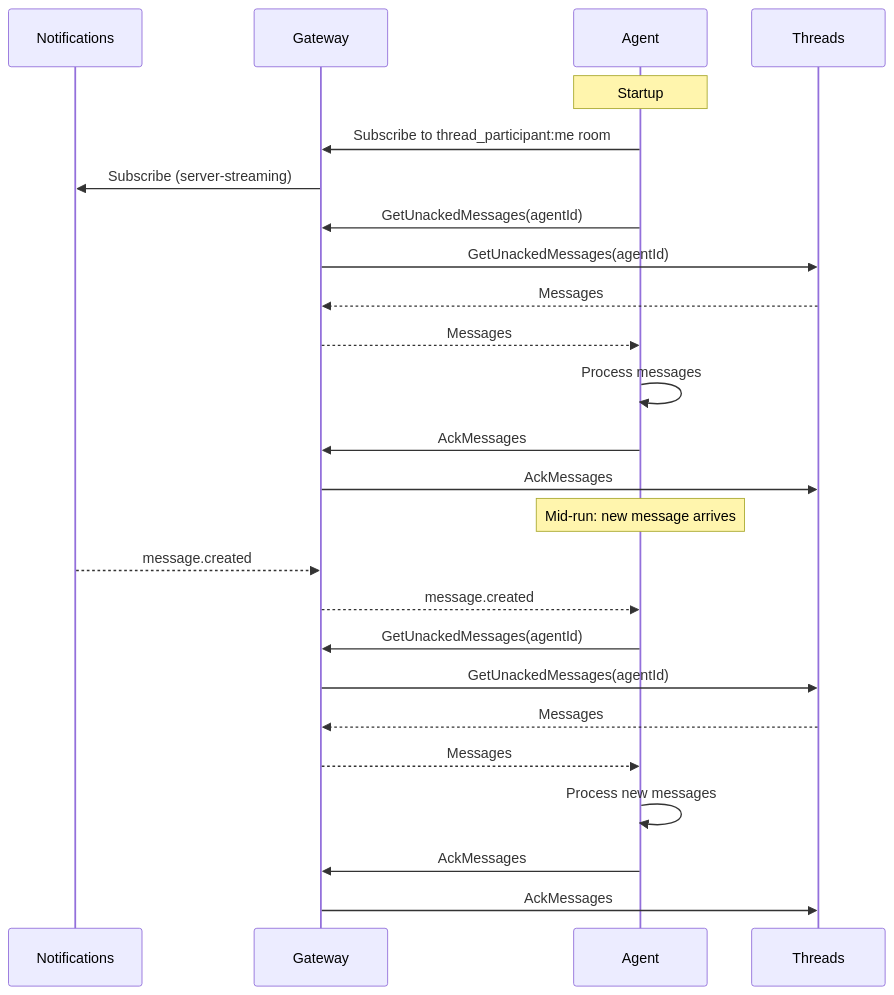
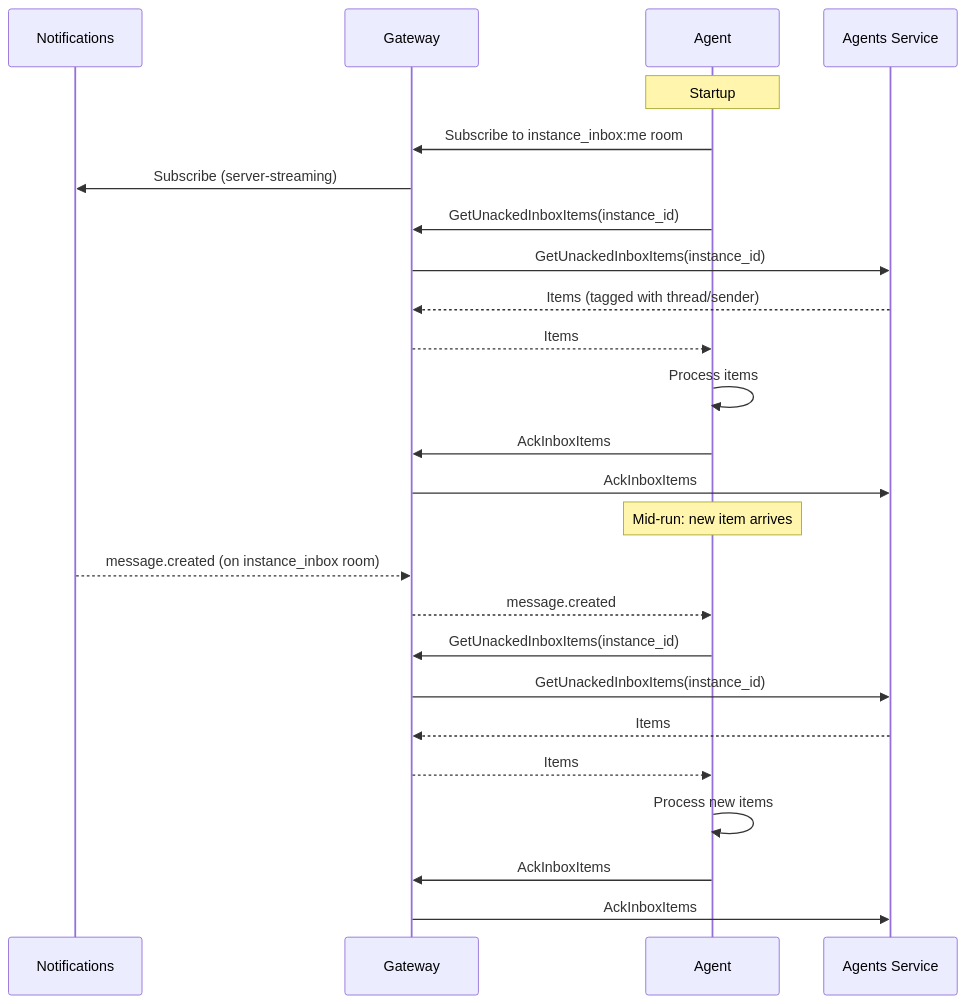
Before and after one commit to agynio/architecture: the second of 4 diagrams in architecture/agent/overview.md, drawn with Mermaid. The commit also changed other lines of this file and 10 other files, not shown here.

````diff
--- a/architecture/agent/overview.md
+++ b/architecture/agent/overview.md
@@ -54,29 +54,29 @@
 ```mermaid
 sequenceDiagram
     participant N as Notifications
     participant GW as Gateway
     participant A as Agent
-    participant T as Threads
+    participant AS as Agents Service
 
     Note over A: Startup
-    A->>GW: Subscribe to thread_participant:me room
+    A->>GW: Subscribe to instance_inbox:me room
     GW->>N: Subscribe (server-streaming)
-    A->>GW: GetUnackedMessages(agentId)
-    GW->>T: GetUnackedMessages(agentId)
-    T-->>GW: Messages
-    GW-->>A: Messages
-    A->>A: Process messages
-    A->>GW: AckMessages
-    GW->>T: AckMessages
+    A->>GW: GetUnackedInboxItems(instance_id)
+    GW->>AS: GetUnackedInboxItems(instance_id)
+    AS-->>GW: Items (tagged with thread/sender)
+    GW-->>A: Items
+    A->>A: Process items
+    A->>GW: AckInboxItems
+    GW->>AS: AckInboxItems
 
-    Note over A: Mid-run: new message arrives
-    N-->>GW: message.created
+    Note over A: Mid-run: new item arrives
+    N-->>GW: message.created (on instance_inbox room)
     GW-->>A: message.created
-    A->>GW: GetUnackedMessages(agentId)
-    GW->>T: GetUnackedMessages(agentId)
-    T-->>GW: Messages
-    GW-->>A: Messages
-    A->>A: Process new messages
-    A->>GW: AckMessages
-    GW->>T: AckMessages
+    A->>GW: GetUnackedInboxItems(instance_id)
+    GW->>AS: GetUnackedInboxItems(instance_id)
+    AS-->>GW: Items
+    GW-->>A: Items
+    A->>A: Process new items
+    A->>GW: AckInboxItems
+    GW->>AS: AckInboxItems
 ```
````
